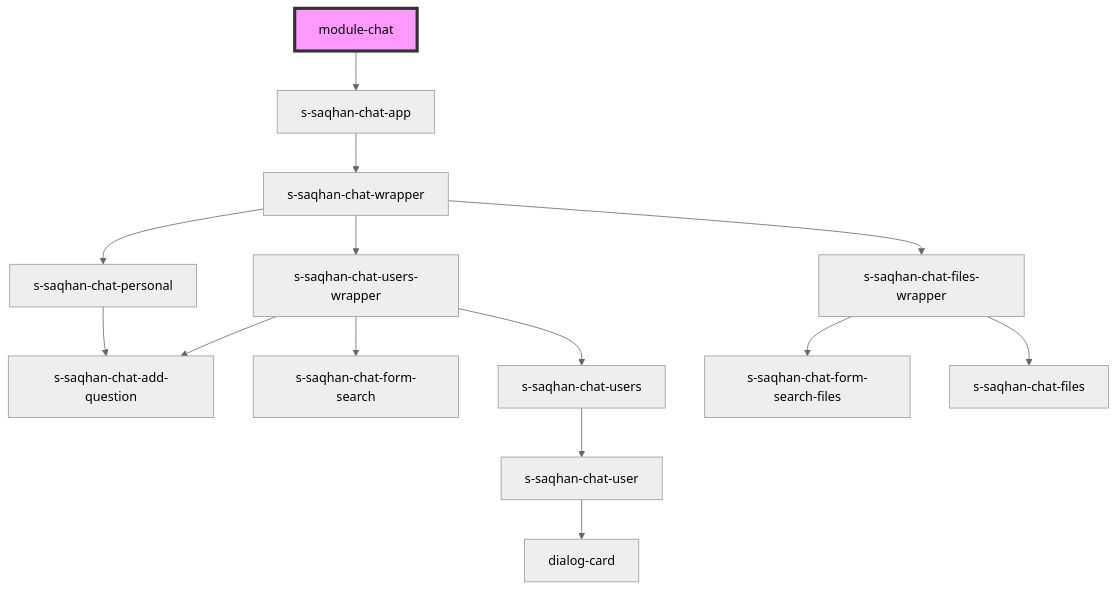
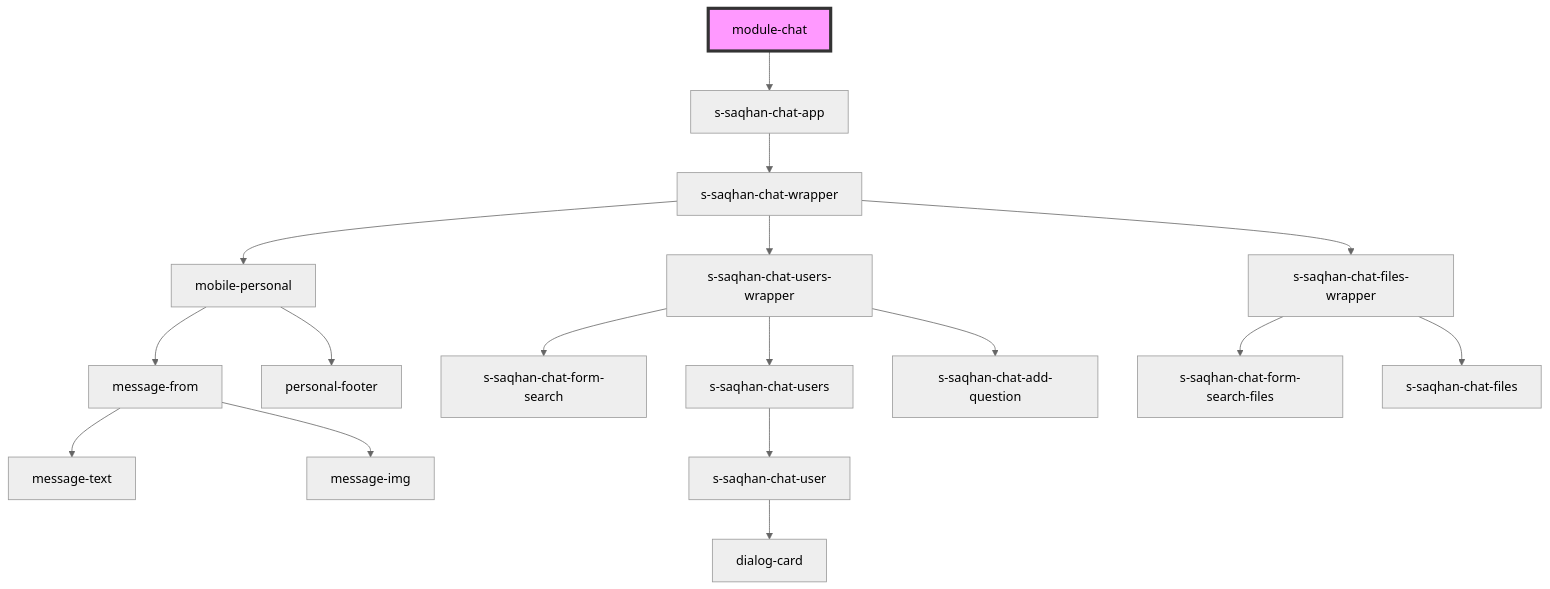
One commit to saqhan/stencil-chat changed the diagram in src/components/module/module-chat/readme.md. Above: the diagram before and after it, drawn with Mermaid (neutral theme). The commit also changed 13 other files, not shown here.

````diff
--- a/src/components/module/module-chat/readme.md
+++ b/src/components/module/module-chat/readme.md
@@ -15,17 +15,20 @@
 ```mermaid
 graph TD;
   module-chat --> s-saqhan-chat-app
   s-saqhan-chat-app --> s-saqhan-chat-wrapper
-  s-saqhan-chat-wrapper --> s-saqhan-chat-personal
+  s-saqhan-chat-wrapper --> mobile-personal
   s-saqhan-chat-wrapper --> s-saqhan-chat-users-wrapper
   s-saqhan-chat-wrapper --> s-saqhan-chat-files-wrapper
-  s-saqhan-chat-personal --> s-saqhan-chat-add-question
+  mobile-personal --> message-from
+  mobile-personal --> personal-footer
+  message-from --> message-text
+  message-from --> message-img
   s-saqhan-chat-users-wrapper --> s-saqhan-chat-form-search
   s-saqhan-chat-users-wrapper --> s-saqhan-chat-users
   s-saqhan-chat-users-wrapper --> s-saqhan-chat-add-question
   s-saqhan-chat-users --> s-saqhan-chat-user
   s-saqhan-chat-user --> dialog-card
   s-saqhan-chat-files-wrapper --> s-saqhan-chat-form-search-files
   s-saqhan-chat-files-wrapper --> s-saqhan-chat-files
   style module-chat fill:#f9f,stroke:#333,stroke-width:4px
 ```
````
